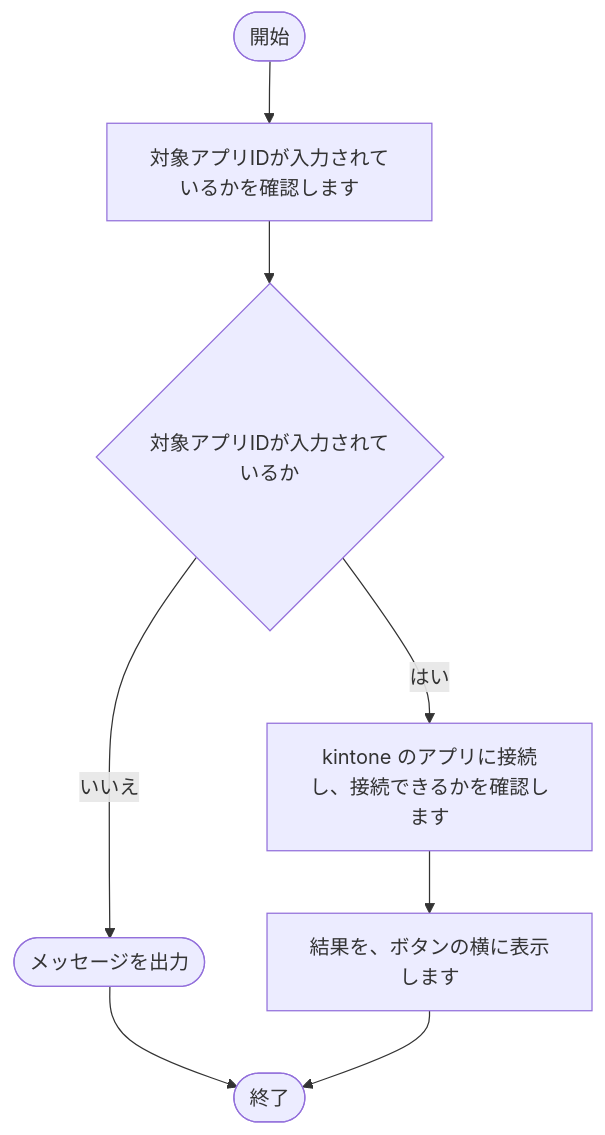
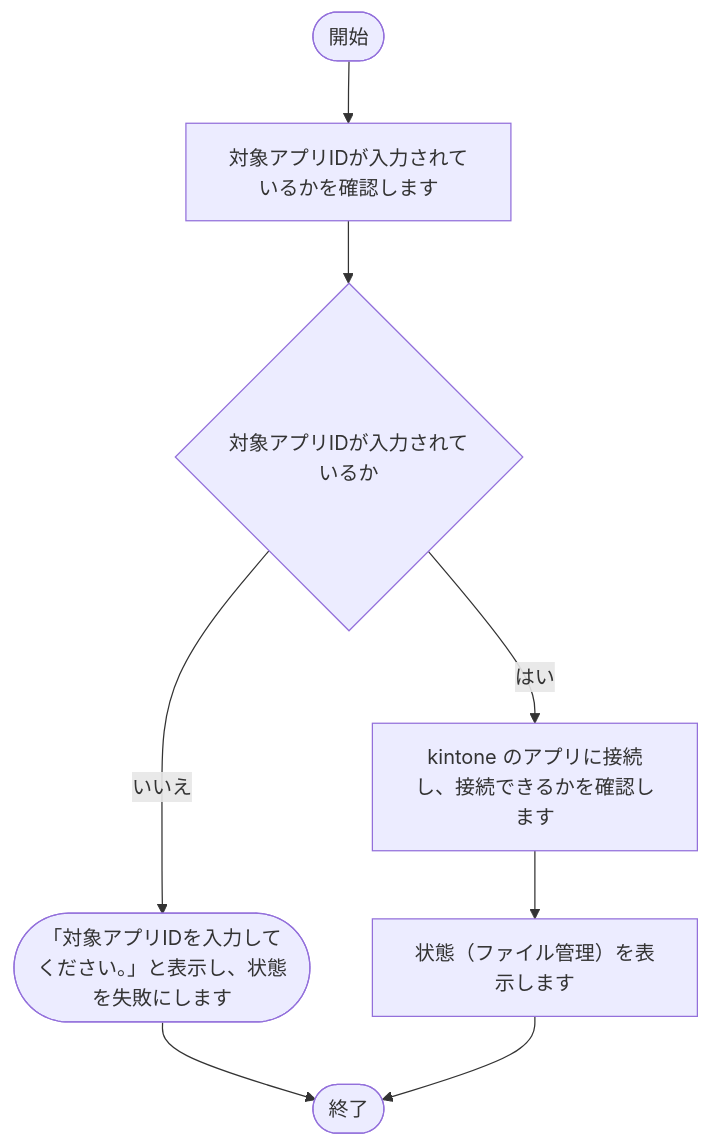
Before and after one commit to nishida2073/project_management: diagram 12 of 13 in tool/package-generator/doc/02_設計/処理フロー.md, drawn with Mermaid. The commit also changed other lines of this file and 81 other files, not shown here.

````diff
--- a/tool/package-generator/doc/02_設計/処理フロー.md
+++ b/tool/package-generator/doc/02_設計/処理フロー.md
@@ -321,17 +345,17 @@
 ```mermaid
 flowchart TD
     S(["開始"])
     E(["終了"])
     N1["対象アプリIDが入力されているかを確認します"]
     S --> N1
     N2{"対象アプリIDが入力されているか"}
     N1 --> N2
-    X1(["メッセージを出力"])
+    X1(["「対象アプリIDを入力してください。」と表示し、状態を失敗にします"])
     N2 -- いいえ --> X1
     X1 --> E
     N3["kintone のアプリに接続し、接続できるかを確認します"]
     N2 -- はい --> N3
-    N4["結果を、ボタンの横に表示します"]
+    N4["状態（ファイル管理）を表示します"]
     N3 --> N4
     N4 --> E
 ```
````
